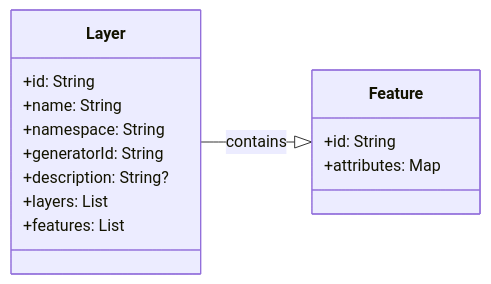
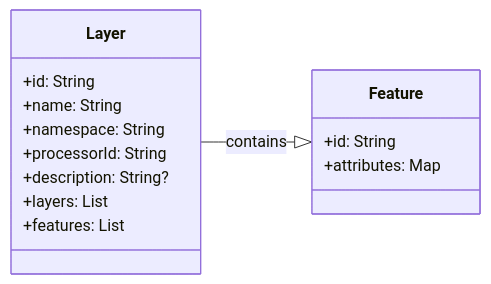
The second of 8 diagrams in README.md (kotlitecture/kotli-engine), drawn with Mermaid before and after one commit. The commit also changed other lines of this file and 6 other files, not shown here.

````diff
--- a/README.md
+++ b/README.md
@@ -43,20 +47,20 @@
  ```mermaid
  classDiagram
    direction LR
    class Layer {
       +id: String
       +name: String
       +namespace: String
-      +generatorId: String
+      +processorId: String
       +description: String?
       +layers: List<Layer>
       +features: List<Feature>
    }
 
    class Feature {
       +id: String
       +attributes: Map<String, String>
    }
 
    Layer --|> Feature : contains
  ```
````
